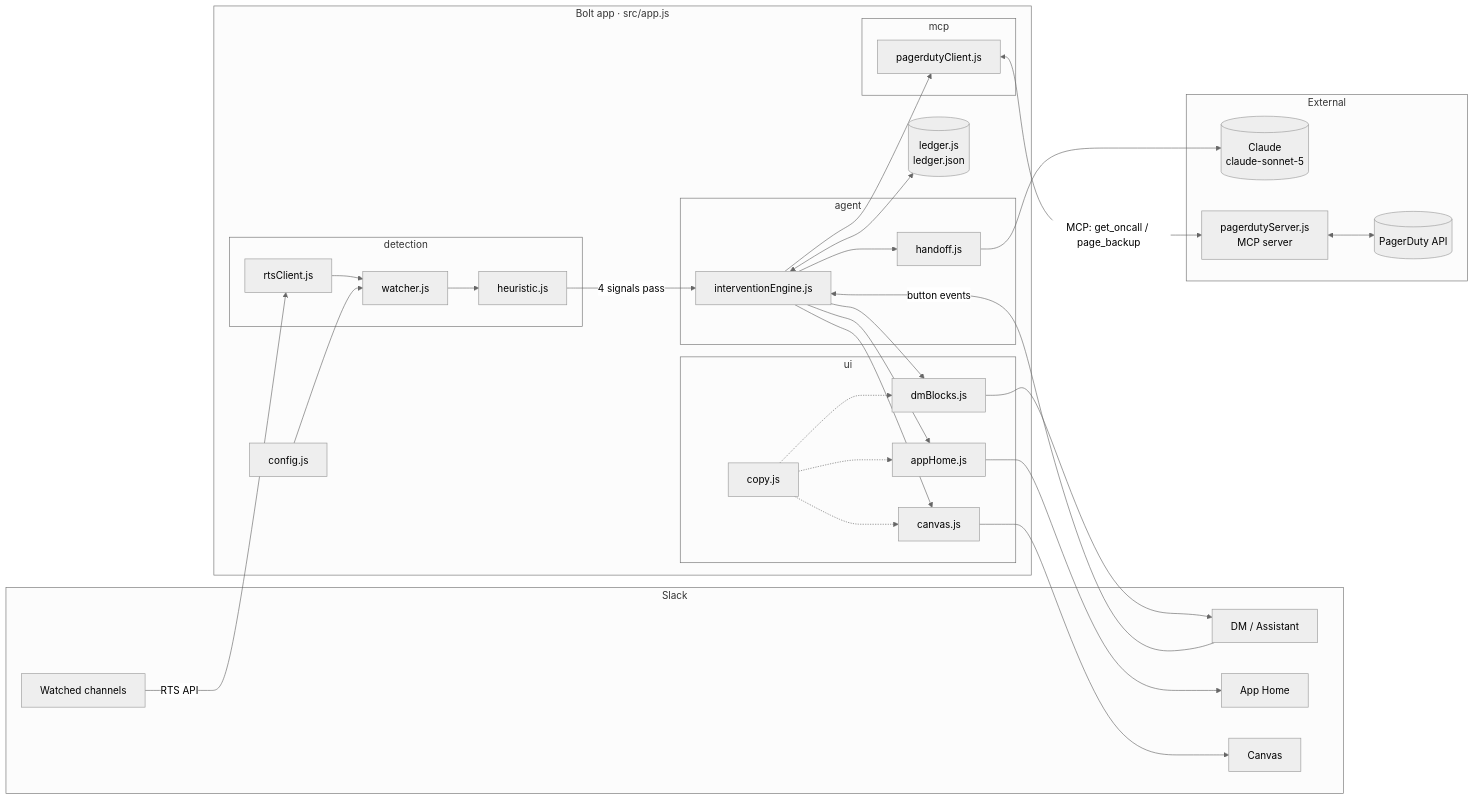
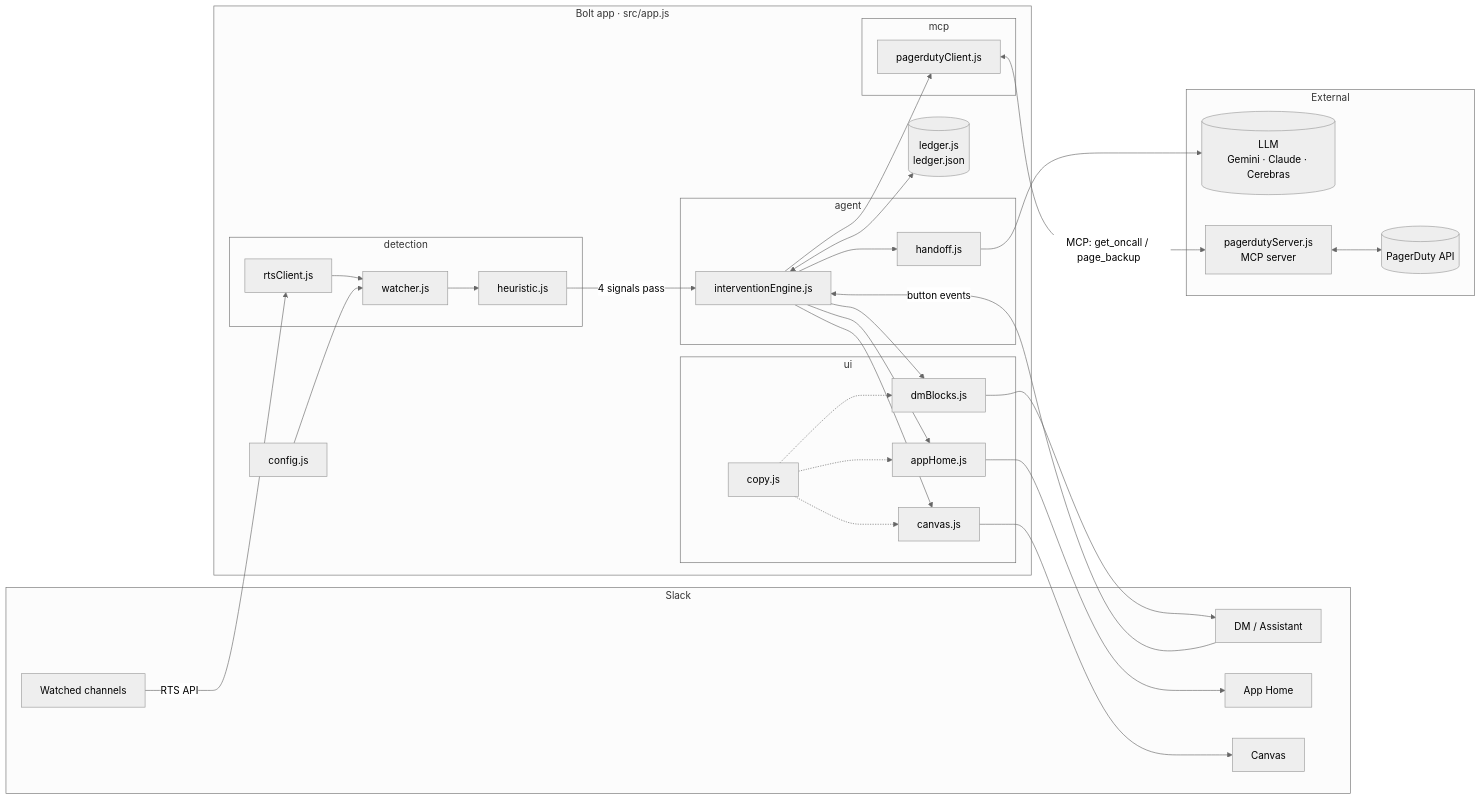
One commit to wiz-abhi/Quiet-Hours changed the first of 2 diagrams in docs/ARCHITECTURE.md. Above: the diagram before and after it, drawn with Mermaid (neutral theme). The commit also changed other lines of this file and 8 other files, not shown here.

````diff
--- a/docs/ARCHITECTURE.md
+++ b/docs/ARCHITECTURE.md
@@ -7,54 +7,54 @@
 ```mermaid
 flowchart LR
     subgraph SL[Slack]
         Chan[Watched channels]
         DMsurface[DM / Assistant]
         Home[App Home]
         Cv[Canvas]
     end
 
     subgraph APP[Bolt app · src/app.js]
         Cfg[config.js]
         subgraph DET[detection]
             Watch[watcher.js]
             RTS[rtsClient.js]
             Heur[heuristic.js]
         end
         subgraph AG[agent]
             Eng[interventionEngine.js]
             HO[handoff.js]
         end
         subgraph UI[ui]
             DMB[dmBlocks.js]
             CanvasB[canvas.js]
             HomeB[appHome.js]
             Copy[copy.js]
         end
         subgraph MCPc[mcp]
             PDClient[pagerdutyClient.js]
         end
         Led[(ledger.js<br/>ledger.json)]
     end
 
     subgraph EXT[External]
-        Claude[(Claude<br/>claude-sonnet-5)]
+        Claude[(LLM<br/>Gemini · Claude · Cerebras)]
         PDServer[pagerdutyServer.js<br/>MCP server]
         PD[(PagerDuty API)]
     end
 
     Chan -->|RTS API| RTS --> Watch
     Watch --> Heur
     Cfg --> Watch
     Heur -->|4 signals pass| Eng
     Eng --> DMB --> DMsurface
     DMsurface -->|button events| Eng
     Eng --> HO --> Claude
     Eng --> PDClient
     PDClient <-->|MCP: get_oncall / page_backup| PDServer <--> PD
     Eng <--> Led
     Eng --> CanvasB --> Cv
     Eng --> HomeB --> Home
     Copy -.-> DMB
     Copy -.-> CanvasB
     Copy -.-> HomeB
 ```
````
